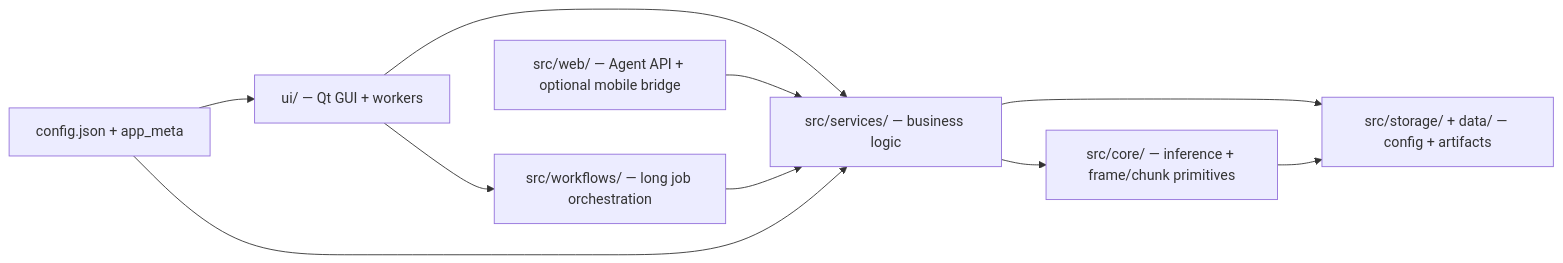
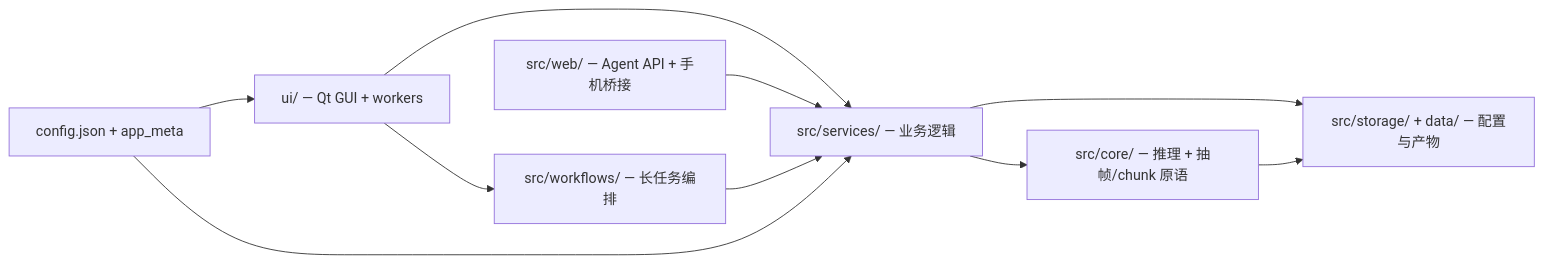
Before and after one commit to 6v17/VideoSeek: the fourth of 5 diagrams in docs/architecture.md, drawn with Mermaid. The commit also changed other lines of this file, not shown here.

````diff
--- a/docs/architecture.md
+++ b/docs/architecture.md
@@ -96,20 +96,20 @@
 ```mermaid
 flowchart LR
   UI["ui/ — Qt GUI + workers"]
-  SVC["src/services/ — business logic"]
-  WF["src/workflows/ — long job orchestration"]
-  CORE["src/core/ — inference + frame/chunk primitives"]
-  WEB["src/web/ — Agent API + optional mobile bridge"]
-  STO["src/storage/ + data/ — config + artifacts"]
+  SVC["src/services/ — 业务逻辑"]
+  WF["src/workflows/ — 长任务编排"]
+  CORE["src/core/ — 推理 + 抽帧/chunk 原语"]
+  WEB["src/web/ — Agent API + 手机桥接"]
+  STO["src/storage/ + data/ — 配置与产物"]
   CFG["config.json + app_meta"]
 
   UI --> SVC
   UI --> WF
   WEB --> SVC
   SVC --> CORE
   SVC --> STO
   WF --> SVC
   CORE --> STO
   CFG --> UI
   CFG --> SVC
 ```
````
